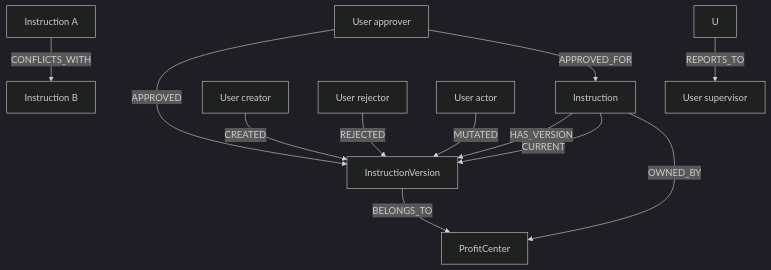
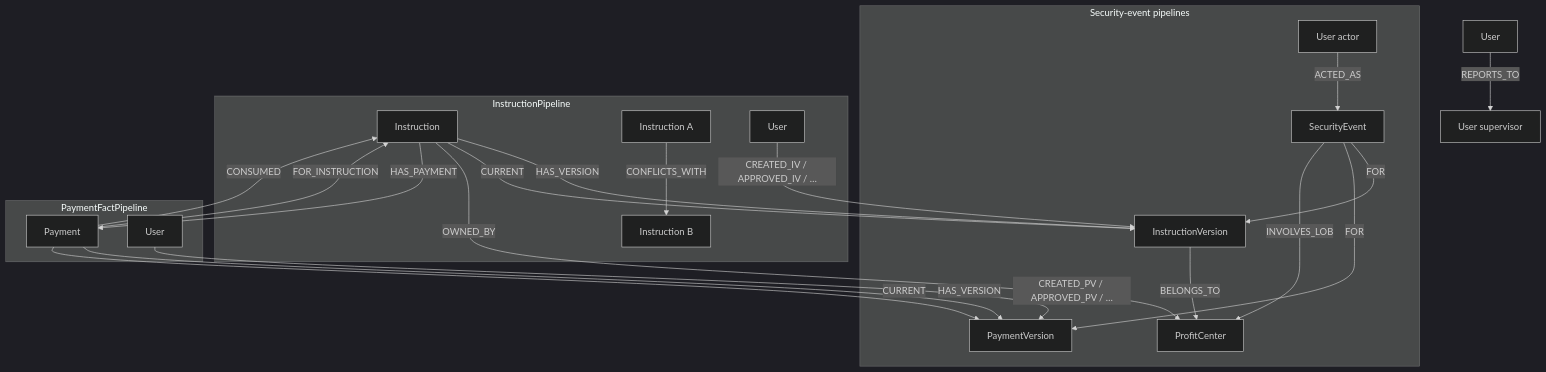
One commit to sanjuthomas/policy-pilot changed the diagram in README.md. Above: the diagram before and after it, drawn with Mermaid (dark theme). The commit also changed other lines of this file and 49 other files, not shown here.

First line of the commit message:
Implement Neo4j graph model with symmetric fact and audit writers.

````diff
--- a/README.md
+++ b/README.md
@@ -544,14 +62,29 @@
 ```mermaid
 flowchart TB
-    I[Instruction] -->|HAS_VERSION| IV[InstructionVersion]
-    I -->|CURRENT| IV
-    I -->|OWNED_BY| PC[ProfitCenter]
-    IV -->|BELONGS_TO| PC
-    I1[Instruction A] -->|CONFLICTS_WITH| I2[Instruction B]
-    UC[User creator] -->|CREATED| IV
-    UAP[User approver] -->|APPROVED| IV
-    UAP -->|APPROVED_FOR| I
-    UR[User rejector] -->|REJECTED| IV
-    UM[User actor] -->|MUTATED| IV
-    U -->|REPORTS_TO| USuper[User supervisor]
+    subgraph Audit["Security-event pipelines"]
+        UA[User actor] -->|ACTED_AS| SE[SecurityEvent]
+        SE -->|FOR| IV[InstructionVersion]
+        SE -->|FOR| PV[PaymentVersion]
+        SE -->|INVOLVES_LOB| PC[ProfitCenter]
+    end
+
+    subgraph InstructionFact["InstructionPipeline"]
+        I[Instruction] -->|HAS_VERSION| IV
+        I -->|CURRENT| IV
+        I -->|OWNED_BY| PC
+        IV -->|BELONGS_TO| PC
+        I1[Instruction A] -->|CONFLICTS_WITH| I2[Instruction B]
+        UC[User] -->|CREATED_IV / APPROVED_IV / …| IV
+    end
+
+    subgraph PaymentFact["PaymentFactPipeline"]
+        P[Payment] -->|FOR_INSTRUCTION| I
+        P -->|CONSUMED| I
+        P -->|HAS_VERSION| PV
+        P -->|CURRENT| PV
+        UPC[User] -->|CREATED_PV / APPROVED_PV / …| PV
+        I -->|HAS_PAYMENT| P
+    end
+
+    U[User] -->|REPORTS_TO| S[User supervisor]
 ```
````
